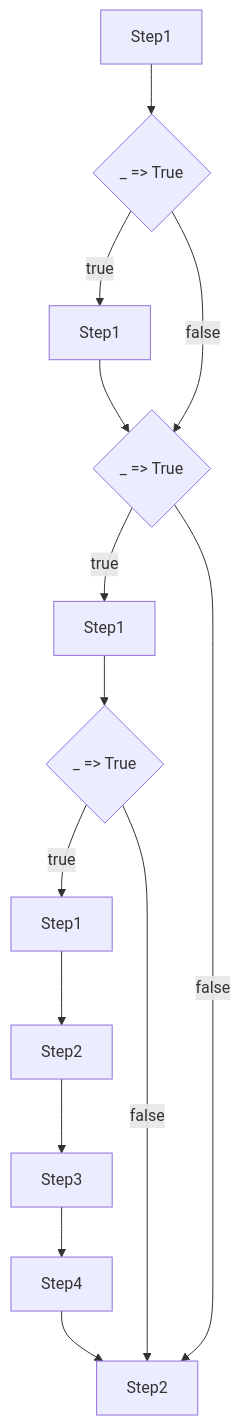
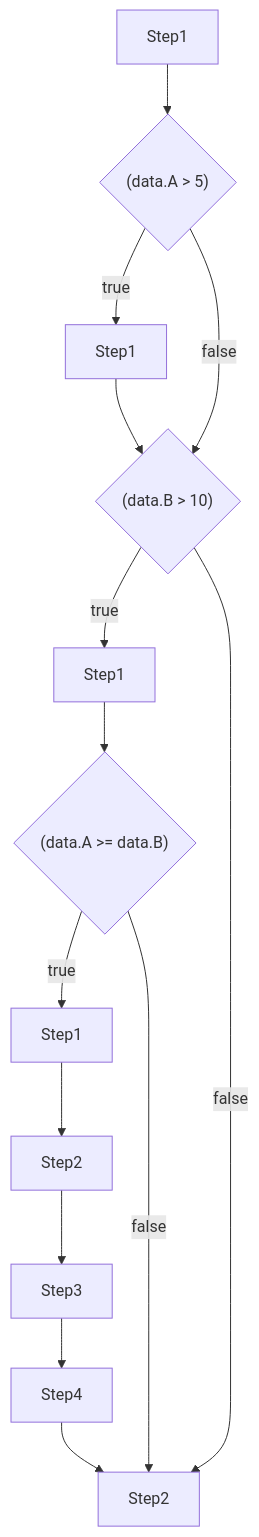
The diagram in src/StepFlow.Tests/Charts/flowchart.md (step-flow-platform/step-flow-core), drawn with Mermaid before and after one commit. The commit also changed 3 other files, not shown here.

Commit message:
Fixed flowchart IF condition

````diff
--- a/src/StepFlow.Tests/Charts/flowchart.md
+++ b/src/StepFlow.Tests/Charts/flowchart.md
@@ -1,28 +1,28 @@
 ```mermaid
 flowchart TB
 node1[Step1]
-node2{_ => True}
+node2{"(data.A > 5)"}
 node3[Step1]
-node4{_ => True}
+node4{"(data.B > 10)"}
 node5[Step1]
-node6{_ => True}
+node6{"(data.A >= data.B)"}
 node7[Step1]
 node8[Step2]
 node9[Step3]
 node10[Step4]
 node11[Step2]
 
 node1 --> node2
 node2 -->|true| node3
 node3 --> node4
 node2 -->|false| node4
 node4 -->|true| node5
 node5 --> node6
 node6 -->|true| node7
 node7 --> node8
 node8 --> node9
 node9 --> node10
 node10 --> node11
 node4 -->|false| node11
 node6 -->|false| node11
 ```
````
